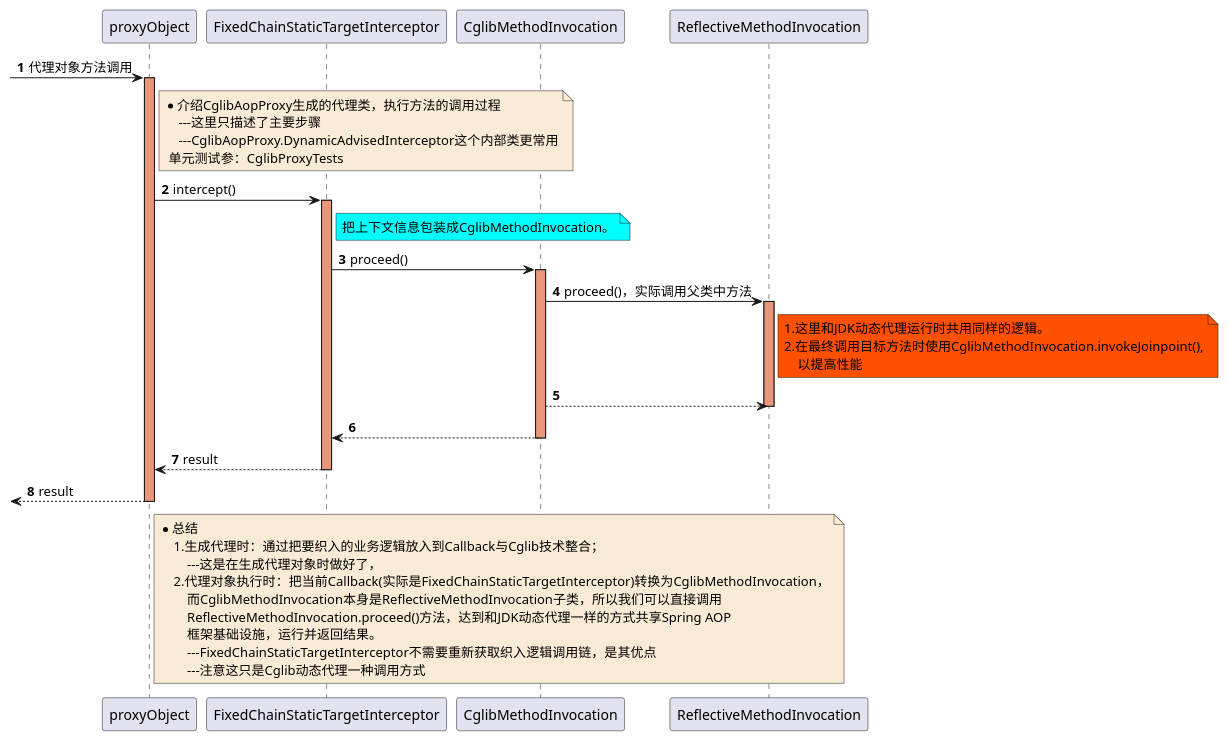
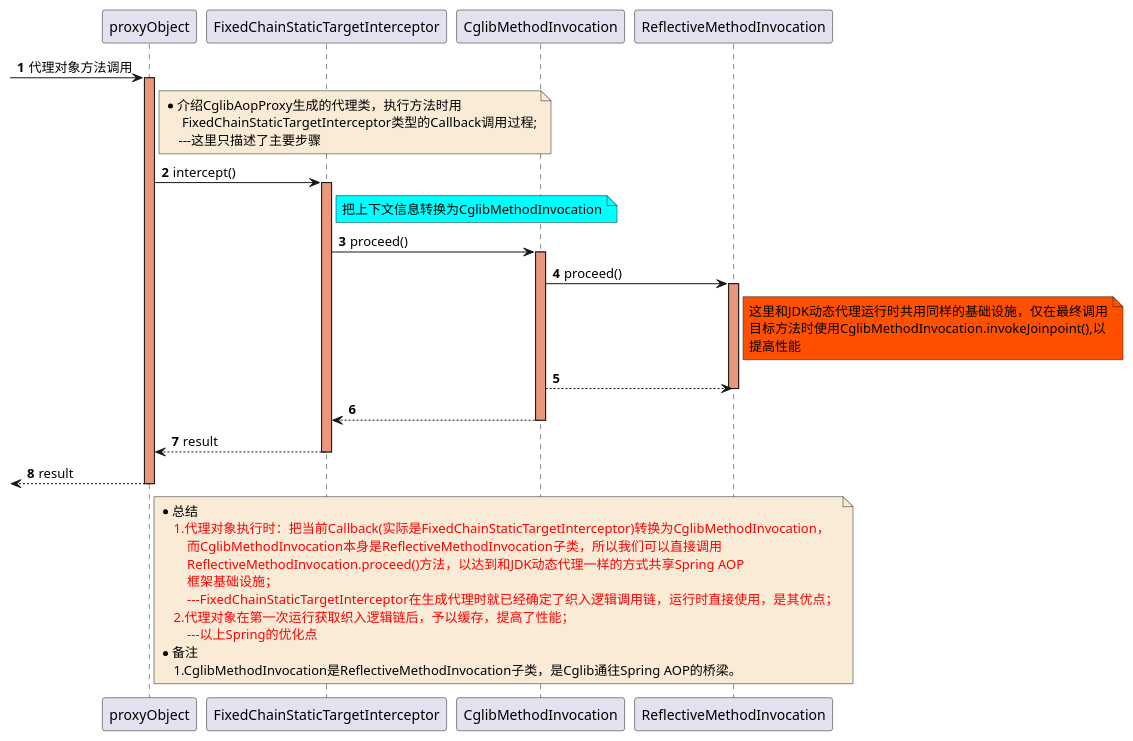
The diagram in document/spring/base/sequence/AOP-ProxyInvoke-0-CglibAopProxy_intercept-ByFixedChainStaticTargetInterceptor-sequence.puml (czwer/learn-spring-code), drawn with PlantUML before and after one commit. The commit also changed 3 other files, not shown here.

Commit message:
修改Cglib版代理对象执行时的时序图

```diff
--- a/document/spring/base/sequence/AOP-ProxyInvoke-0-CglibAopProxy_intercept-ByFixedChainStaticTargetInterceptor-sequence.puml
+++ b/document/spring/base/sequence/AOP-ProxyInvoke-0-CglibAopProxy_intercept-ByFixedChainStaticTargetInterceptor-sequence.puml
@@ -1,55 +1,55 @@
 @startuml
 
 autonumber
 
 -> proxyObject: 代理对象方法调用
 
 note right of proxyObject #FAEBD7
-    *介绍CglibAopProxy生成的代理类，执行方法的调用过程
+    *介绍CglibAopProxy生成的代理类，执行方法时用
+         FixedChainStaticTargetInterceptor类型的Callback调用过程;
         ---这里只描述了主要步骤
-        ---CglibAopProxy.DynamicAdvisedInterceptor这个内部类更常用
-     单元测试参：CglibProxyTests
 end note
 activate proxyObject #DarkSalmon
 
     proxyObject -> FixedChainStaticTargetInterceptor : intercept()
     activate FixedChainStaticTargetInterceptor #DarkSalmon
         note right of FixedChainStaticTargetInterceptor #aqua
-            把上下文信息包装成CglibMethodInvocation。
+            把上下文信息转换为CglibMethodInvocation
         end note
 
         FixedChainStaticTargetInterceptor -> CglibMethodInvocation : proceed()
         activate CglibMethodInvocation #DarkSalmon
-            CglibMethodInvocation -> ReflectiveMethodInvocation : proceed()，实际调用父类中方法
+            CglibMethodInvocation -> ReflectiveMethodInvocation : proceed()
             activate ReflectiveMethodInvocation #DarkSalmon
                 note right of ReflectiveMethodInvocation #FF5000
-                    1.这里和JDK动态代理运行时共用同样的逻辑。
-                    2.在最终调用目标方法时使用CglibMethodInvocation.invokeJoinpoint(),
-                        以提高性能
+                    这里和JDK动态代理运行时共用同样的基础设施，仅在最终调用
+                    目标方法时使用CglibMethodInvocation.invokeJoinpoint(),以
+                    提高性能
                 end note
             CglibMethodInvocation --> ReflectiveMethodInvocation
             deactivate ReflectiveMethodInvocation
         CglibMethodInvocation --> FixedChainStaticTargetInterceptor
         deactivate CglibMethodInvocation
 
 
     FixedChainStaticTargetInterceptor --> proxyObject : result
     deactivate FixedChainStaticTargetInterceptor
 
 
 <-- proxyObject : result
 deactivate proxyObject
 
 note right of proxyObject #FAEBD7
-*总结
-    1.生成代理时：通过把要织入的业务逻辑放入到Callback与Cglib技术整合；
-        ---这是在生成代理对象时做好了，
-    2.代理对象执行时：把当前Callback(实际是FixedChainStaticTargetInterceptor)转换为CglibMethodInvocation，
-        而CglibMethodInvocation本身是ReflectiveMethodInvocation子类，所以我们可以直接调用
-        ReflectiveMethodInvocation.proceed()方法，达到和JDK动态代理一样的方式共享Spring AOP
-        框架基础设施，运行并返回结果。
-        ---FixedChainStaticTargetInterceptor不需要重新获取织入逻辑调用链，是其优点
-        ---注意这只是Cglib动态代理一种调用方式
+    *总结
+        <font color=red>1.代理对象执行时：把当前Callback(实际是FixedChainStaticTargetInterceptor)转换为CglibMethodInvocation，</font>
+            <font color=red>而CglibMethodInvocation本身是ReflectiveMethodInvocation子类，所以我们可以直接调用</font>
+            <font color=red>ReflectiveMethodInvocation.proceed()方法，以达到和JDK动态代理一样的方式共享Spring AOP</font>
+            <font color=red>框架基础设施；</font>
+            <font color=red>---FixedChainStaticTargetInterceptor在生成代理时就已经确定了织入逻辑调用链，运行时直接使用，是其优点；</font>
+        <font color=red>2.代理对象在第一次运行获取织入逻辑链后，予以缓存，提高了性能；</font>
+            <font color=red>---以上Spring的优化点</font>
+    *备注
+        1.CglibMethodInvocation是ReflectiveMethodInvocation子类，是Cglib通往Spring AOP的桥梁。
 end note
 
 @enduml
```
